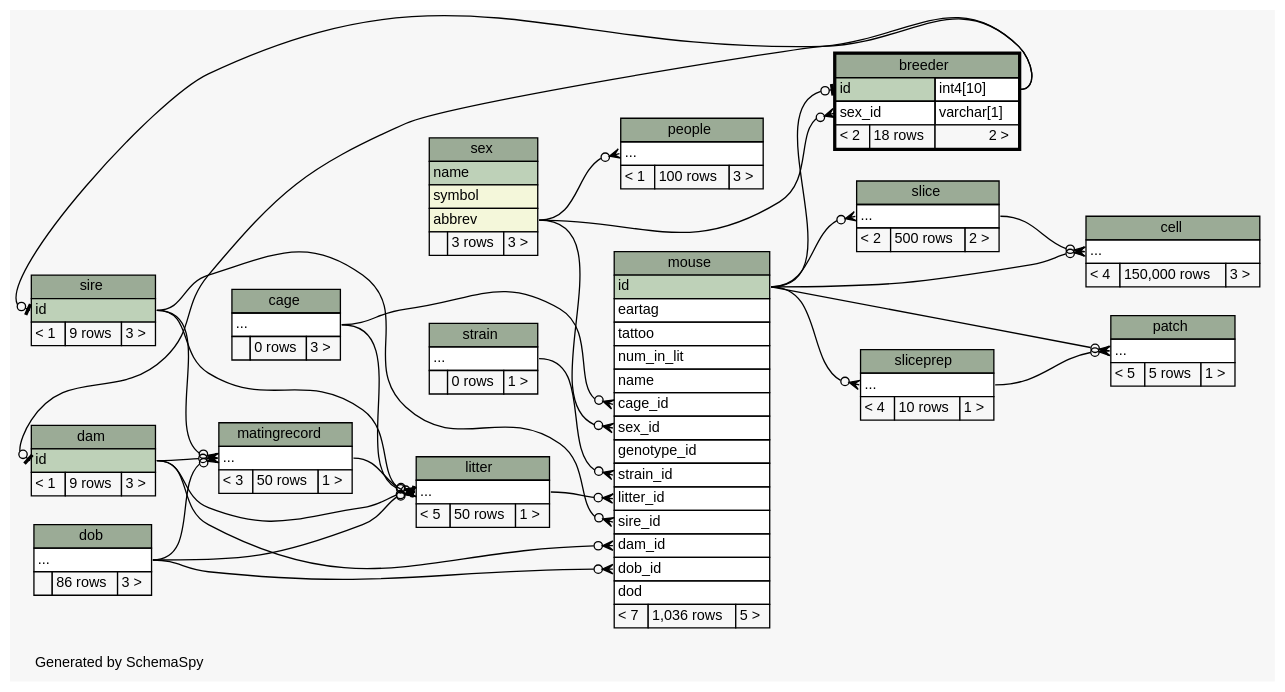
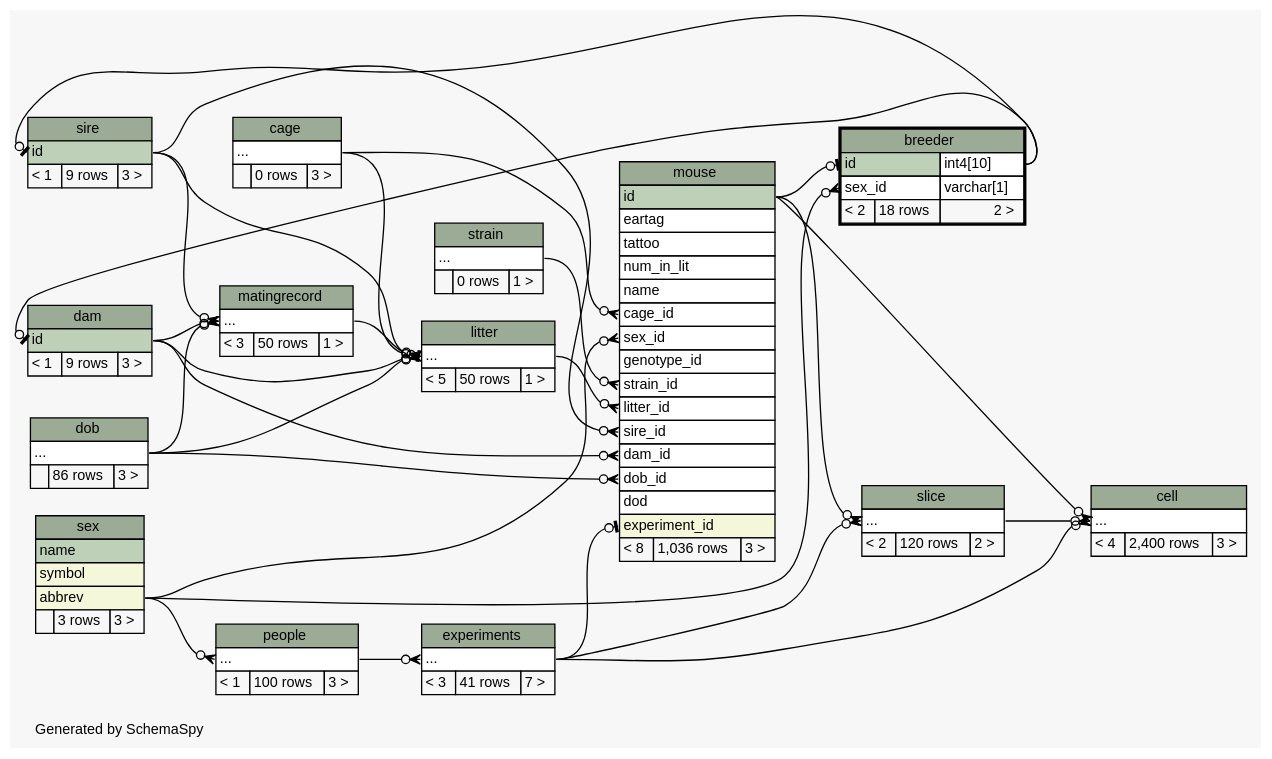
Before and after one commit to tgbugs/mlab: the diagram in database/ss/diagrams/breeder.2degrees.dot, drawn with Graphviz. The commit also changed 216 other files, not shown here.

```diff
--- a/database/ss/diagrams/breeder.2degrees.dot
+++ b/database/ss/diagrams/breeder.2degrees.dot
@@ -21,9 +21,11 @@
   ];
   "breeder":"id":w -> "mouse":"id":e [arrowhead=none dir=back arrowtail=teeodot];
   "breeder":"sex_id":w -> "sex":"abbrev":e [arrowhead=none dir=back arrowtail=crowodot];
+  "cell":"elipses":w -> "experiments":"elipses":e [arrowhead=none dir=back arrowtail=crowodot];
   "cell":"elipses":w -> "mouse":"id":e [arrowhead=none dir=back arrowtail=crowodot];
   "cell":"elipses":w -> "slice":"elipses":e [arrowhead=none dir=back arrowtail=crowodot];
   "dam":"id":w -> "breeder":"id.type":e [arrowhead=none dir=back arrowtail=teeodot];
+  "experiments":"elipses":w -> "people":"elipses":e [arrowhead=none dir=back arrowtail=crowodot];
   "litter":"elipses":w -> "cage":"elipses":e [arrowhead=none dir=back arrowtail=crowodot];
   "litter":"elipses":w -> "dam":"id":e [arrowhead=none dir=back arrowtail=crowodot];
   "litter":"elipses":w -> "dob":"elipses":e [arrowhead=none dir=back arrowtail=crowodot];
@@ -35,16 +37,15 @@
   "mouse":"cage_id":w -> "cage":"elipses":e [arrowhead=none dir=back arrowtail=crowodot];
   "mouse":"dam_id":w -> "dam":"id":e [arrowhead=none dir=back arrowtail=crowodot];
   "mouse":"dob_id":w -> "dob":"elipses":e [arrowhead=none dir=back arrowtail=crowodot];
+  "mouse":"experiment_id":w -> "experiments":"elipses":e [arrowhead=none dir=back arrowtail=teeodot];
   "mouse":"litter_id":w -> "litter":"elipses":e [arrowhead=none dir=back arrowtail=crowodot];
   "mouse":"sex_id":w -> "sex":"abbrev":e [arrowhead=none dir=back arrowtail=crowodot];
   "mouse":"sire_id":w -> "sire":"id":e [arrowhead=none dir=back arrowtail=crowodot];
   "mouse":"strain_id":w -> "strain":"elipses":e [arrowhead=none dir=back arrowtail=crowodot];
-  "patch":"elipses":w -> "mouse":"id":e [arrowhead=none dir=back arrowtail=crowodot];
-  "patch":"elipses":w -> "sliceprep":"elipses":e [arrowhead=none dir=back arrowtail=crowodot];
   "people":"elipses":w -> "sex":"abbrev":e [arrowhead=none dir=back arrowtail=crowodot];
   "sire":"id":w -> "breeder":"id.type":e [arrowhead=none dir=back arrowtail=teeodot];
   "slice":"elipses":w -> "mouse":"id":e [arrowhead=none dir=back arrowtail=crowodot];
-  "sliceprep":"elipses":w -> "mouse":"id":e [arrowhead=none dir=back arrowtail=crowodot];
+  "slice":"elipses":w -> "experiments":"elipses":e [arrowhead=none dir=back arrowtail=crowodot];
   "breeder" [
     label=<
     <TABLE BORDER="2" CELLBORDER="1" CELLSPACING="0" BGCOLOR="#ffffff">
@@ -71,7 +72,7 @@
     <TABLE BORDER="0" CELLBORDER="1" CELLSPACING="0" BGCOLOR="#ffffff">
       <TR><TD COLSPAN="3" BGCOLOR="#9bab96" ALIGN="CENTER">cell</TD></TR>
       <TR><TD PORT="elipses" COLSPAN="3" ALIGN="LEFT">...</TD></TR>
-      <TR><TD ALIGN="LEFT" BGCOLOR="#f7f7f7">&lt; 4</TD><TD ALIGN="RIGHT" BGCOLOR="#f7f7f7">150,000 rows</TD><TD ALIGN="RIGHT" BGCOLOR="#f7f7f7">3 &gt;</TD></TR>
+      <TR><TD ALIGN="LEFT" BGCOLOR="#f7f7f7">&lt; 4</TD><TD ALIGN="RIGHT" BGCOLOR="#f7f7f7">2,400 rows</TD><TD ALIGN="RIGHT" BGCOLOR="#f7f7f7">3 &gt;</TD></TR>
     </TABLE>>
     URL="cell.html"
     tooltip="cell"
@@ -95,6 +96,16 @@
     </TABLE>>
     URL="dob.html"
     tooltip="dob"
+  ];
+  "experiments" [
+    label=<
+    <TABLE BORDER="0" CELLBORDER="1" CELLSPACING="0" BGCOLOR="#ffffff">
+      <TR><TD COLSPAN="3" BGCOLOR="#9bab96" ALIGN="CENTER">experiments</TD></TR>
+      <TR><TD PORT="elipses" COLSPAN="3" ALIGN="LEFT">...</TD></TR>
+      <TR><TD ALIGN="LEFT" BGCOLOR="#f7f7f7">&lt; 3</TD><TD ALIGN="RIGHT" BGCOLOR="#f7f7f7">41 rows</TD><TD ALIGN="RIGHT" BGCOLOR="#f7f7f7">7 &gt;</TD></TR>
+    </TABLE>>
+    URL="experiments.html"
+    tooltip="experiments"
   ];
   "litter" [
     label=<
@@ -134,20 +145,11 @@
       <TR><TD PORT="dam_id" COLSPAN="3" ALIGN="LEFT">dam_id</TD></TR>
       <TR><TD PORT="dob_id" COLSPAN="3" ALIGN="LEFT">dob_id</TD></TR>
       <TR><TD PORT="dod" COLSPAN="3" ALIGN="LEFT">dod</TD></TR>
-      <TR><TD ALIGN="LEFT" BGCOLOR="#f7f7f7">&lt; 7</TD><TD ALIGN="RIGHT" BGCOLOR="#f7f7f7">1,036 rows</TD><TD ALIGN="RIGHT" BGCOLOR="#f7f7f7">5 &gt;</TD></TR>
+      <TR><TD PORT="experiment_id" COLSPAN="3" BGCOLOR="#f4f7da" ALIGN="LEFT">experiment_id</TD></TR>
+      <TR><TD ALIGN="LEFT" BGCOLOR="#f7f7f7">&lt; 8</TD><TD ALIGN="RIGHT" BGCOLOR="#f7f7f7">1,036 rows</TD><TD ALIGN="RIGHT" BGCOLOR="#f7f7f7">3 &gt;</TD></TR>
     </TABLE>>
     URL="mouse.html"
     tooltip="mouse"
-  ];
-  "patch" [
-    label=<
-    <TABLE BORDER="0" CELLBORDER="1" CELLSPACING="0" BGCOLOR="#ffffff">
-      <TR><TD COLSPAN="3" BGCOLOR="#9bab96" ALIGN="CENTER">patch</TD></TR>
-      <TR><TD PORT="elipses" COLSPAN="3" ALIGN="LEFT">...</TD></TR>
-      <TR><TD ALIGN="LEFT" BGCOLOR="#f7f7f7">&lt; 5</TD><TD ALIGN="RIGHT" BGCOLOR="#f7f7f7">5 rows</TD><TD ALIGN="RIGHT" BGCOLOR="#f7f7f7">1 &gt;</TD></TR>
-    </TABLE>>
-    URL="patch.html"
-    tooltip="patch"
   ];
   "people" [
     label=<
@@ -186,20 +188,10 @@
     <TABLE BORDER="0" CELLBORDER="1" CELLSPACING="0" BGCOLOR="#ffffff">
       <TR><TD COLSPAN="3" BGCOLOR="#9bab96" ALIGN="CENTER">slice</TD></TR>
       <TR><TD PORT="elipses" COLSPAN="3" ALIGN="LEFT">...</TD></TR>
-      <TR><TD ALIGN="LEFT" BGCOLOR="#f7f7f7">&lt; 2</TD><TD ALIGN="RIGHT" BGCOLOR="#f7f7f7">500 rows</TD><TD ALIGN="RIGHT" BGCOLOR="#f7f7f7">2 &gt;</TD></TR>
+      <TR><TD ALIGN="LEFT" BGCOLOR="#f7f7f7">&lt; 2</TD><TD ALIGN="RIGHT" BGCOLOR="#f7f7f7">120 rows</TD><TD ALIGN="RIGHT" BGCOLOR="#f7f7f7">2 &gt;</TD></TR>
     </TABLE>>
     URL="slice.html"
     tooltip="slice"
-  ];
-  "sliceprep" [
-    label=<
-    <TABLE BORDER="0" CELLBORDER="1" CELLSPACING="0" BGCOLOR="#ffffff">
-      <TR><TD COLSPAN="3" BGCOLOR="#9bab96" ALIGN="CENTER">sliceprep</TD></TR>
-      <TR><TD PORT="elipses" COLSPAN="3" ALIGN="LEFT">...</TD></TR>
-      <TR><TD ALIGN="LEFT" BGCOLOR="#f7f7f7">&lt; 4</TD><TD ALIGN="RIGHT" BGCOLOR="#f7f7f7">10 rows</TD><TD ALIGN="RIGHT" BGCOLOR="#f7f7f7">1 &gt;</TD></TR>
-    </TABLE>>
-    URL="sliceprep.html"
-    tooltip="sliceprep"
   ];
   "strain" [
     label=<
```
